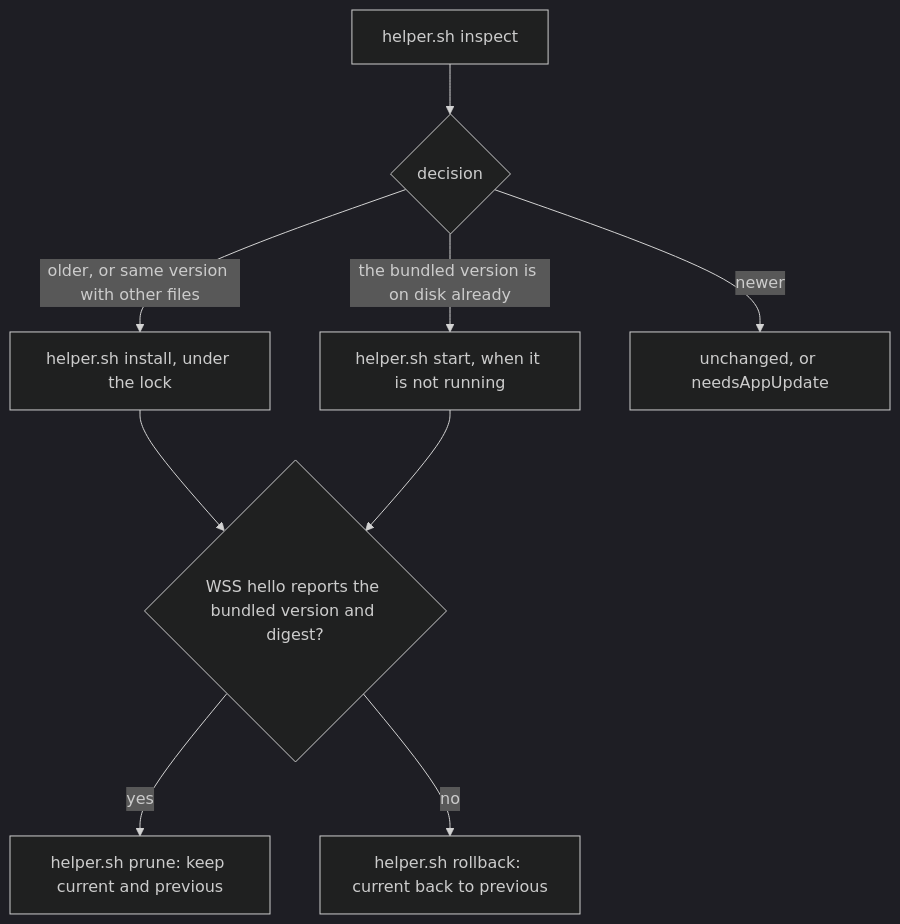
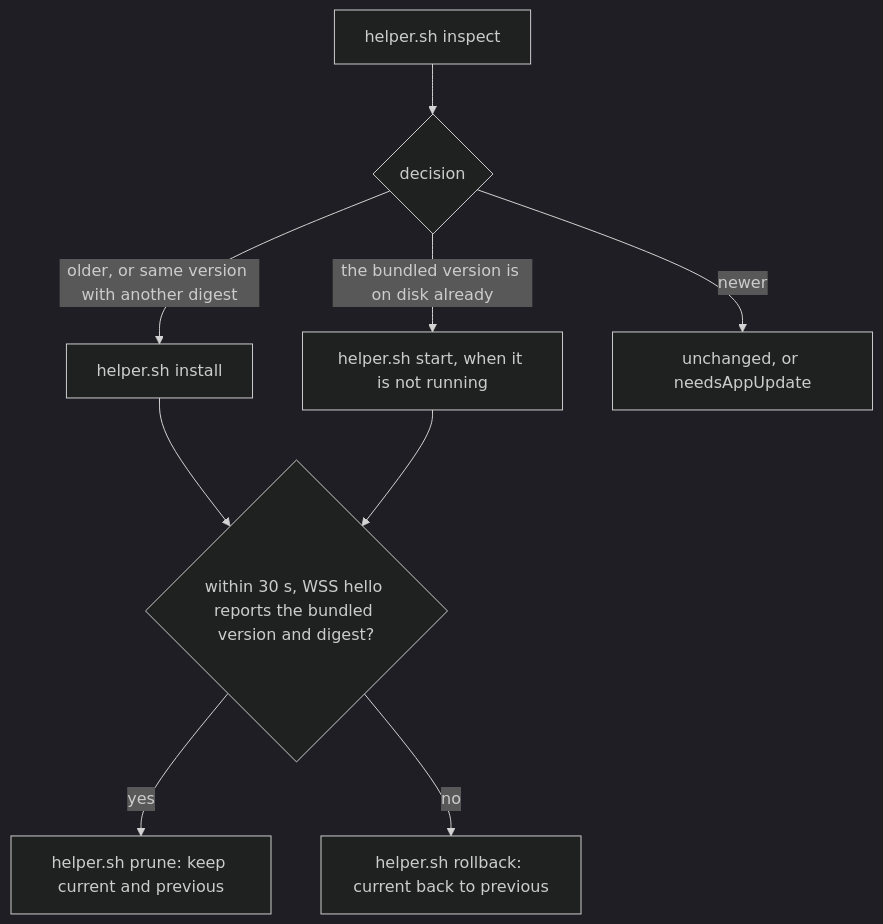
The seventh of 7 diagrams in docs/agents/steam-frame-pairing.md (Raphiiko/OyasumiVR), drawn with Mermaid (dark theme) before and after one commit. The commit also changed other lines of this file and 2 other files, not shown here.

````diff
--- a/docs/agents/steam-frame-pairing.md
+++ b/docs/agents/steam-frame-pairing.md
@@ -389,11 +363,11 @@
 ```mermaid
 flowchart TD
   A["helper.sh inspect"] --> B{"decision"}
-  B -- "older, or same version with other files" --> C["helper.sh install, under the lock"]
+  B -- "older, or same version with another digest" --> C["helper.sh install"]
   B -- "the bundled version is on disk already" --> S["helper.sh start, when it is not running"]
   B -- "newer" --> U["unchanged, or needsAppUpdate"]
-  C --> V{"WSS hello reports the bundled version and digest?"}
+  C --> V{"within 30 s, WSS hello reports the bundled version and digest?"}
   S --> V
   V -- "yes" --> P["helper.sh prune: keep current and previous"]
   V -- "no" --> R["helper.sh rollback: current back to previous"]
 ```
````
